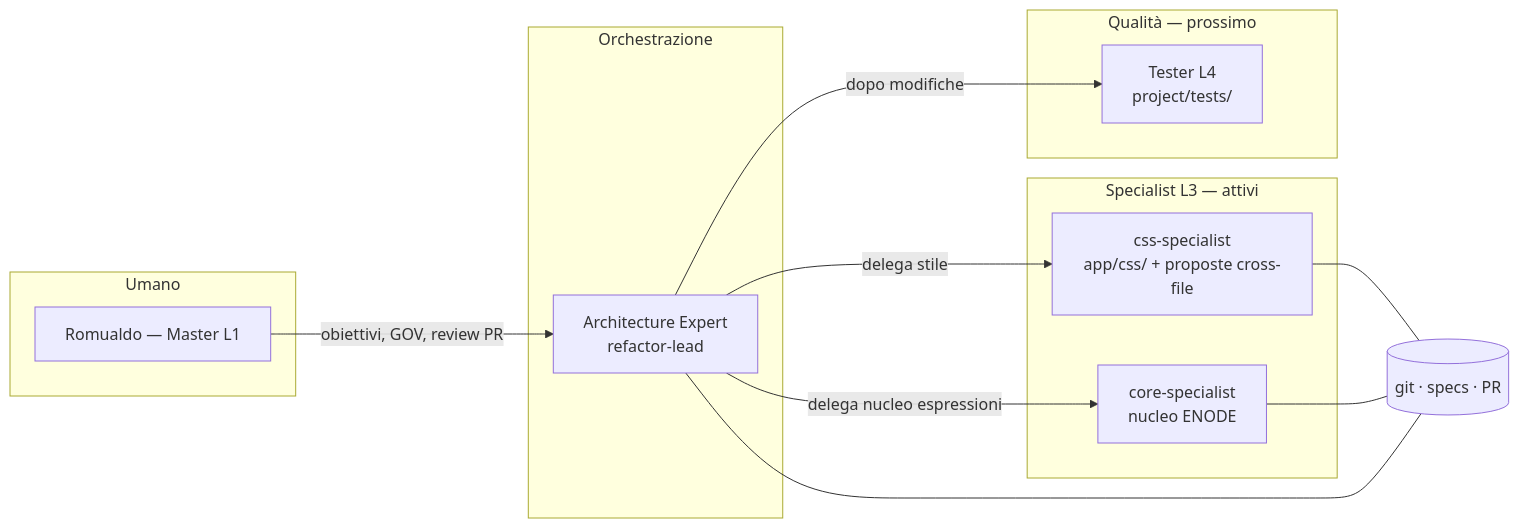
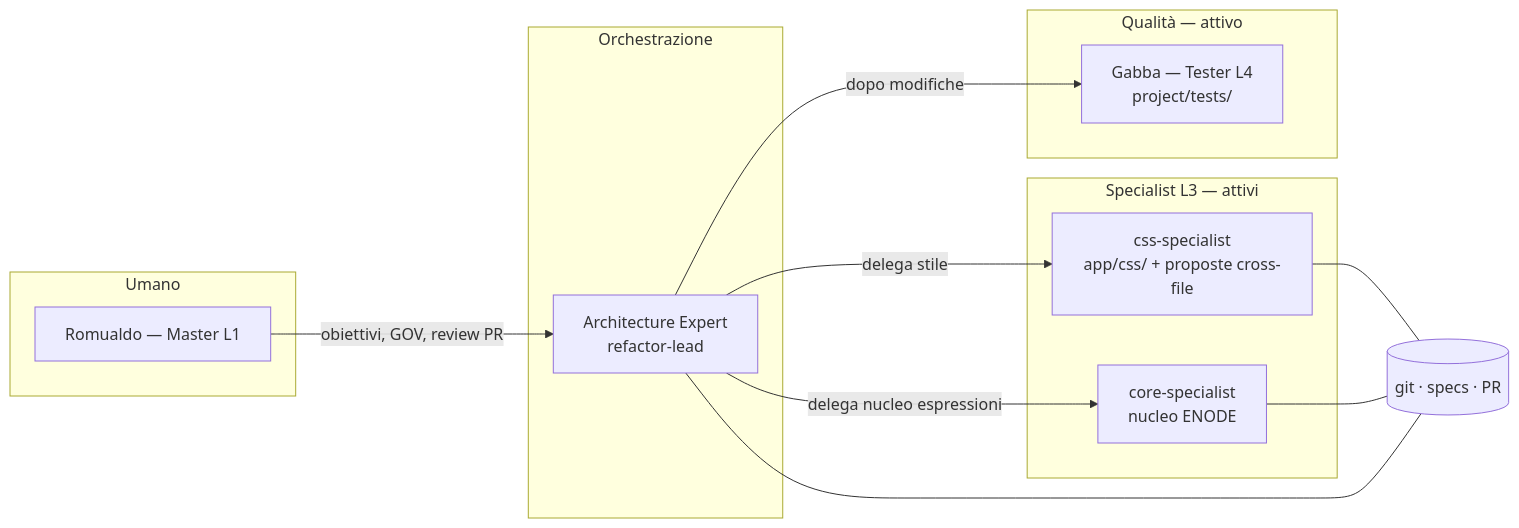
Before and after one commit to RomualdoGrillo/Aabacus: the second of 3 diagrams in project/Organization/organigramma.md, drawn with Mermaid. The commit also changed other lines of this file and 7 other files, not shown here.

First line of the commit message:
Organigramma: attiva Gabba (Tester L4) con curriculum test

````diff
--- a/project/Organization/organigramma.md
+++ b/project/Organization/organigramma.md
@@ -38,27 +38,27 @@
 ```mermaid
 flowchart LR
   subgraph umano [Umano]
     R[Romualdo — Master L1]
   end
 
   subgraph orchestrazione [Orchestrazione]
     AR[Architecture Expert<br/>refactor-lead]
   end
 
   subgraph specialisti [Specialist L3 — attivi]
     CSS[css-specialist<br/>app/css/ + proposte cross-file]
     CORE[core-specialist<br/>nucleo ENODE]
   end
 
-  subgraph qualita [Qualità — prossimo]
-    T[Tester L4<br/>project/tests/]
+  subgraph qualita [Qualità — attivo]
+    T[Gabba — Tester L4<br/>project/tests/]
   end
 
   R -->|obiettivi, GOV, review PR| AR
   AR -->|delega stile| CSS
   AR -->|delega nucleo espressioni| CORE
   AR -->|dopo modifiche| T
   CSS --- Git[(git · specs · PR)]
   CORE --- Git
   AR --- Git
 ```
````
